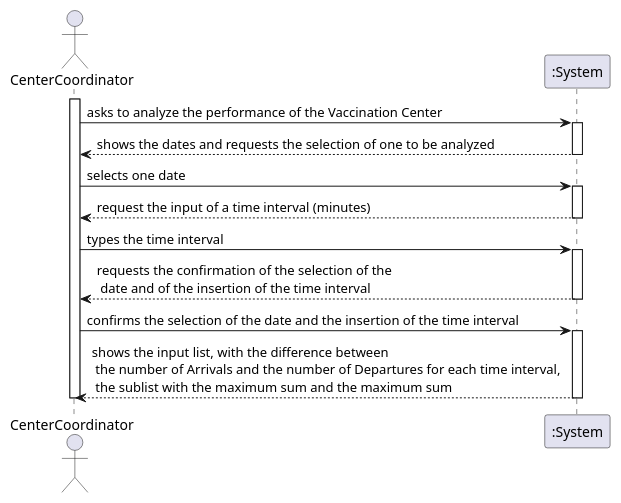
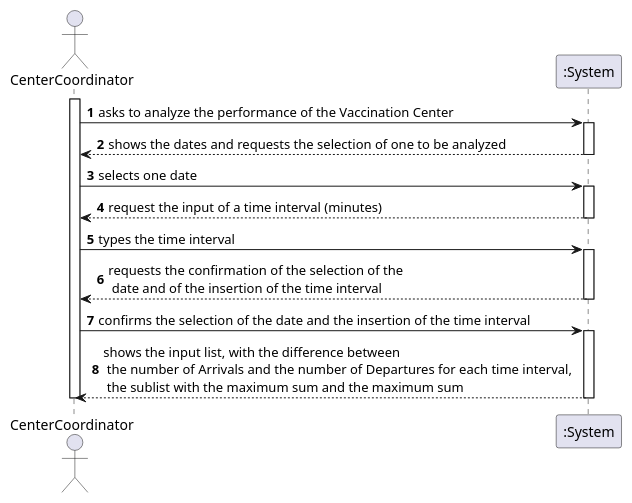
One commit to Pirussa/lei-22-s2-1da-g02 changed the diagram in docs/SprintD/US016/US016_SSD.puml. Above: the diagram before and after it, drawn with PlantUML. The commit also changed 11 other files, not shown here.

Commit message:
US006 - Documentation - Diagram and general documentation updates. Glossary - New concepts added. User Manual - General structure updates.

```diff
--- a/docs/SprintD/US016/US016_SSD.puml
+++ b/docs/SprintD/US016/US016_SSD.puml
@@ -1,38 +1,39 @@
 @startuml
+autonumber
 
 actor "CenterCoordinator" as CC
 
 activate CC
 CC -> ":System" : asks to analyze the performance of the Vaccination Center
 
 activate ":System"
 ":System" --> CC : shows the dates and requests the selection of one to be analyzed
 deactivate ":System"
 CC -> ":System" : selects one date
 
 activate ":System"
 ":System" --> CC : request the input of a time interval (minutes)
 deactivate ":System"
 
 CC -> ":System" : types the time interval
 
 activate ":System"
 
  ":System" --> CC : requests the confirmation of the selection of the\n date and of the insertion of the time interval
 
 deactivate ":System"
 
 CC -> ":System" : confirms the selection of the date and the insertion of the time interval
 
 
 activate ":System"
  ":System" --> CC : shows the input list, with the difference between\n the number of Arrivals and the number of Departures for each time interval,\n the sublist with the maximum sum and the maximum sum
 
 deactivate ":System"
 
 
 
 
 deactivate CC
 
 @enduml
```
